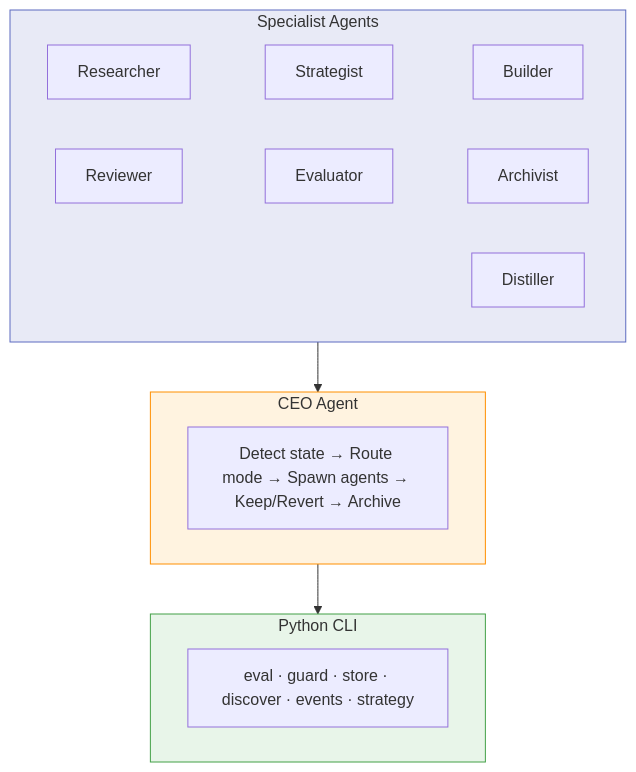
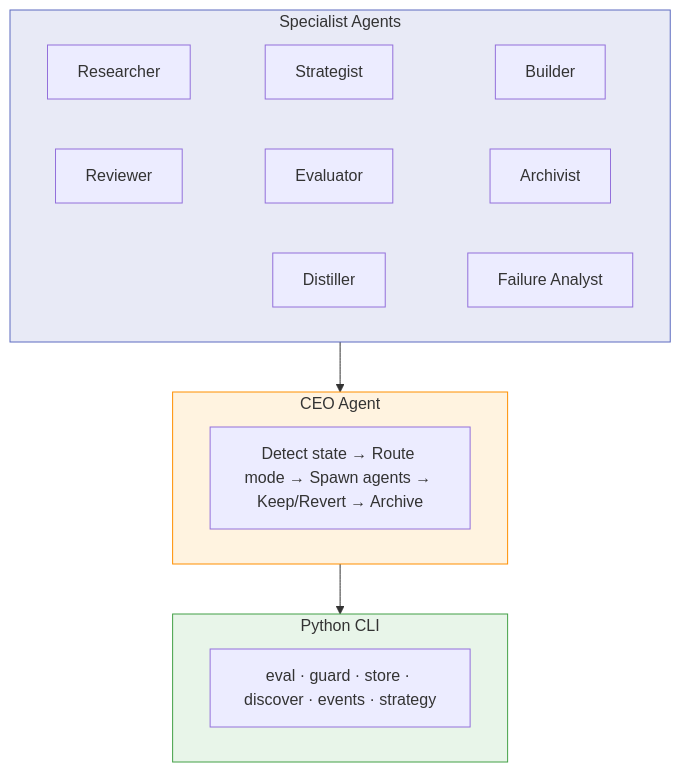
One commit to akashgit/remote-factory changed the third of 4 diagrams in docs/index.md. Above: the diagram before and after it, drawn with Mermaid. The commit also changed other lines of this file and 8 other files, not shown here.

First line of the commit message:
docs: lifecycle narrative, research mode examples, updated diagrams

````diff
--- a/docs/index.md
+++ b/docs/index.md
@@ -148,20 +160,20 @@
 ```mermaid
 graph TB
     subgraph agents ["Specialist Agents"]
         R["Researcher"] ~~~ S["Strategist"] ~~~ BU["Builder"]
         RE["Reviewer"] ~~~ EV["Evaluator"] ~~~ AR["Archivist"]
-        DI["Distiller"]
+        DI["Distiller"] ~~~ FA["Failure Analyst"]
     end
     subgraph ceo ["CEO Agent"]
         C["Detect state → Route mode → Spawn agents → Keep/Revert → Archive"]
     end
     subgraph cli ["Python CLI"]
         T["eval · guard · store · discover · events · strategy"]
     end
 
     agents --> ceo --> cli
 
     style agents fill:#e8eaf6,stroke:#5c6bc0
     style ceo fill:#fff3e0,stroke:#ff8f00
     style cli fill:#e8f5e9,stroke:#43a047
 ```
````
